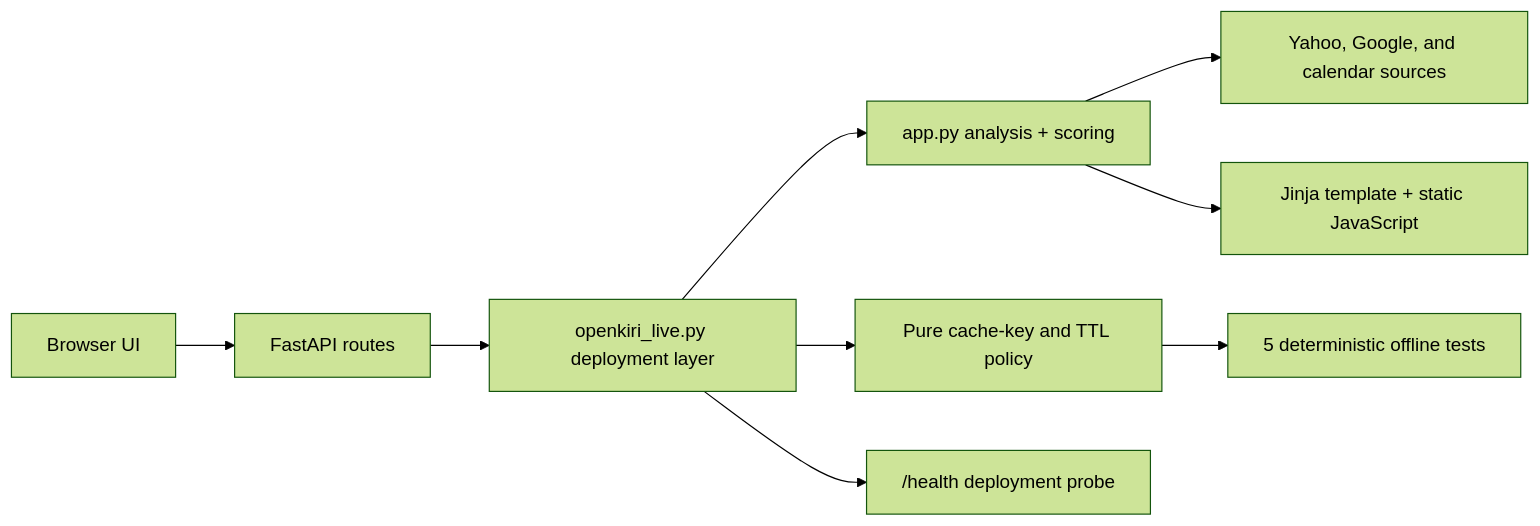
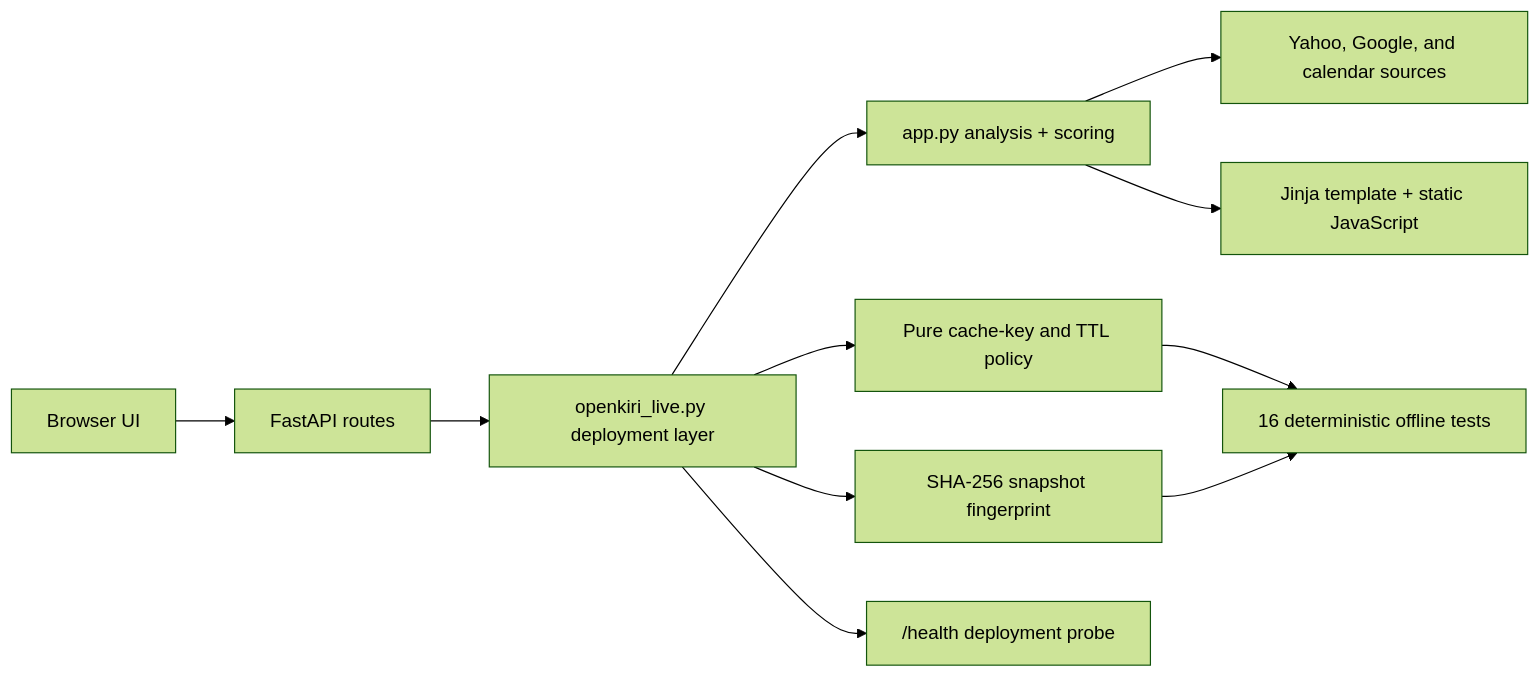
Before and after one commit to kdeppaei/stock-risk-radar: the diagram in README.md, drawn with Mermaid (forest theme). The commit also changed other lines of this file and 8 other files, not shown here.

````diff
--- a/README.md
+++ b/README.md
@@ -26,11 +27,13 @@
 ```mermaid
 flowchart LR
     B["Browser UI"] --> API["FastAPI routes"]
     API --> LIVE["openkiri_live.py deployment layer"]
     LIVE --> CORE["app.py analysis + scoring"]
     LIVE --> POLICY["Pure cache-key and TTL policy"]
+    LIVE --> INTEGRITY["SHA-256 snapshot fingerprint"]
     CORE --> UPSTREAM["Yahoo, Google, and calendar sources"]
     CORE --> VIEW["Jinja template + static JavaScript"]
-    POLICY --> TESTS["5 deterministic offline tests"]
+    POLICY --> TESTS["16 deterministic offline tests"]
+    INTEGRITY --> TESTS
     LIVE --> HEALTH["/health deployment probe"]
 ```
````
